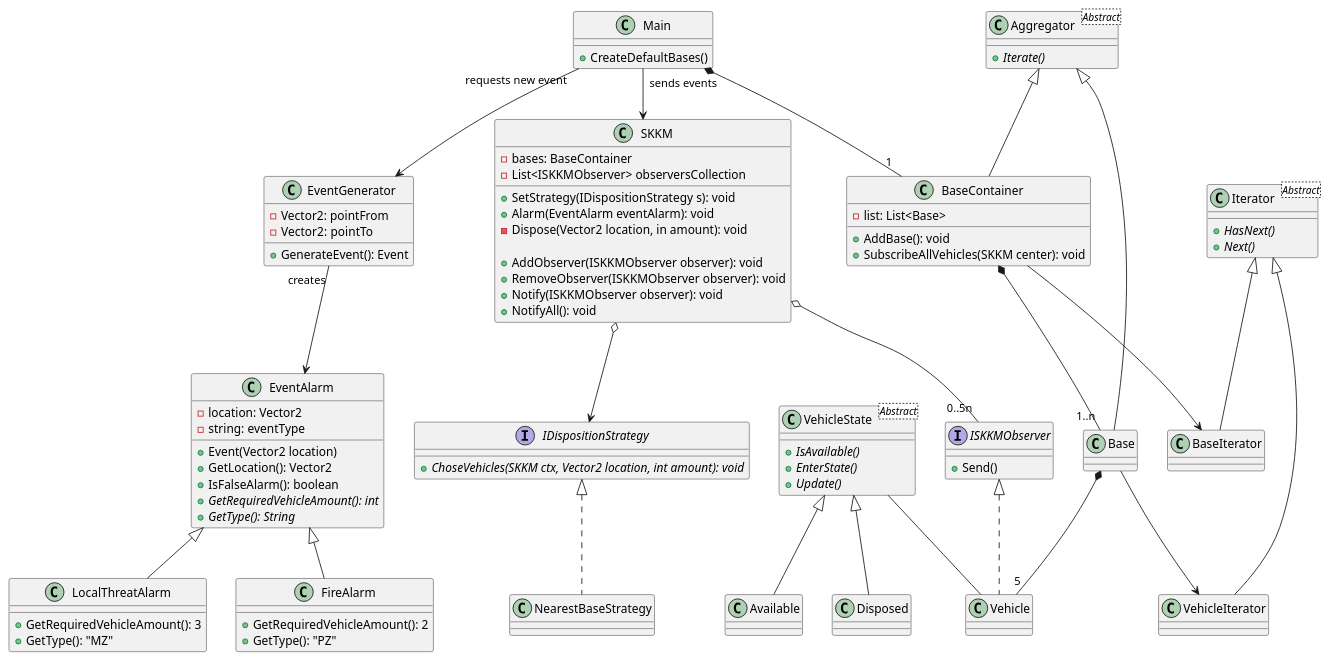
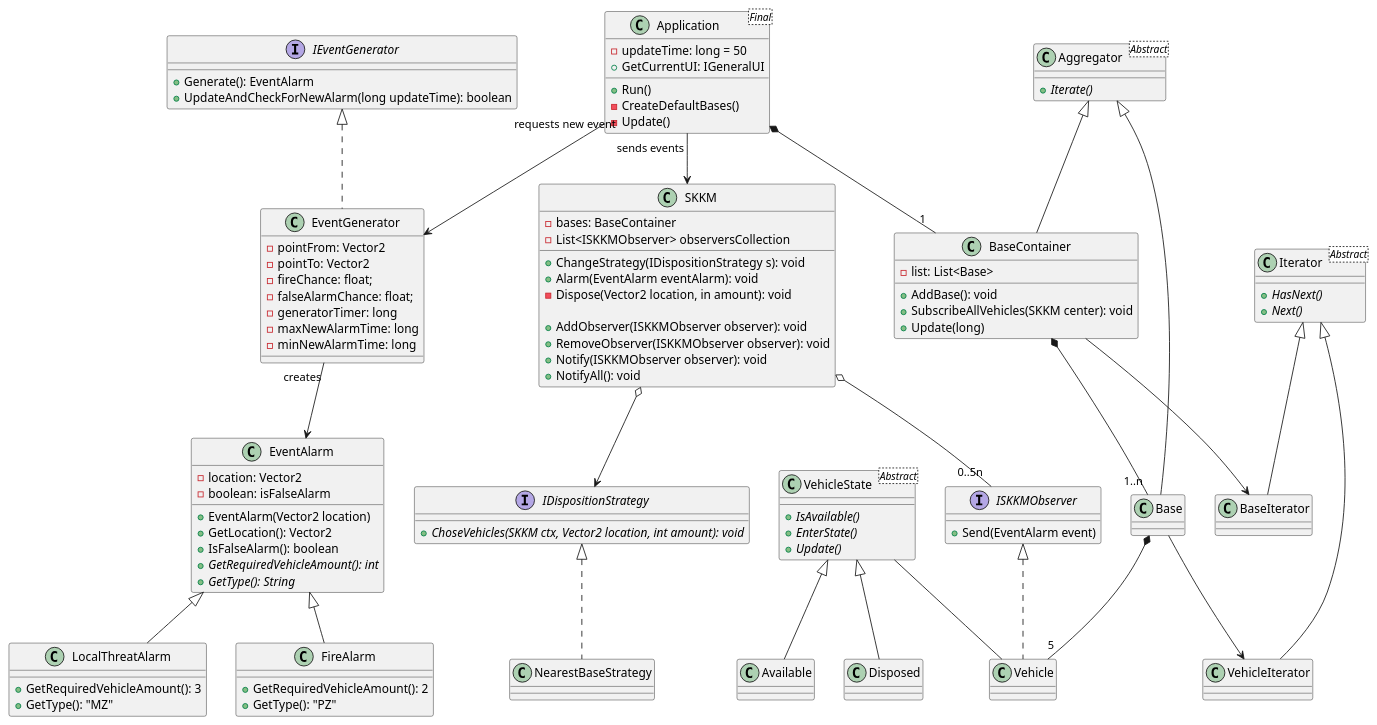
Before and after one commit to CKTA00/TO_lab_5: the diagram in src/uml.puml, drawn with PlantUML. The commit also changed 1 other file, not shown here.

Commit message:
Updated part of uml

```diff
--- a/src/uml.puml
+++ b/src/uml.puml
@@ -1,130 +1,143 @@
 @startuml
 
 'TODO: Update uml (new VehicleStates, ui, many functions)
 
-class Main{
-    +CreateDefaultBases()
+class Application <Final>{
+    -updateTime: long = 50
+    +Run()
+    +GetCurrentUI: IGeneralUI
+    -CreateDefaultBases()
+    -Update()
 }
 
-class EventGenerator{
-    -Vector2: pointFrom
-    -Vector2: pointTo
-    +GenerateEvent(): Event
+interface IEventGenerator{
+    +Generate(): EventAlarm
+    +UpdateAndCheckForNewAlarm(long updateTime): boolean
+}
+
+class EventGenerator implements IEventGenerator{
+    -pointFrom: Vector2
+    -pointTo: Vector2
+    -fireChance: float;
+    -falseAlarmChance: float;
+    -generatorTimer: long
+    -maxNewAlarmTime: long
+    -minNewAlarmTime: long
 }
 
 class EventAlarm{
     -location: Vector2
-    -string: eventType
-    +Event(Vector2 location)
+    -boolean: isFalseAlarm
+    +EventAlarm(Vector2 location)
     +GetLocation(): Vector2
     +IsFalseAlarm(): boolean
     +<i>GetRequiredVehicleAmount(): int
     +<i>GetType(): String
 }
 
 
 class FireAlarm extends EventAlarm{
     +GetRequiredVehicleAmount(): 2
     +GetType(): "PZ"
 }
 
 class LocalThreatAlarm extends EventAlarm{
     +GetRequiredVehicleAmount(): 3
     +GetType(): "MZ"
 }
 
 interface ISKKMObserver
 {
-    +Send()
+    +Send(EventAlarm event)
 }
 
 
 class SKKM{
     -bases: BaseContainer
     -List<ISKKMObserver> observersCollection
-    +SetStrategy(IDispositionStrategy s): void
+    +ChangeStrategy(IDispositionStrategy s): void
     +Alarm(EventAlarm eventAlarm): void
     -Dispose(Vector2 location, in amount): void
 
     +AddObserver(ISKKMObserver observer): void
     +RemoveObserver(ISKKMObserver observer): void
     +Notify(ISKKMObserver observer): void
     +NotifyAll(): void
 }
-'Note right: bla bla
 
 class Iterator<Abstract>{
     +<i>HasNext()
     +<i>Next()
 }
 class Aggregator<Abstract>{
     +<i>Iterate()
 }
 
 class BaseContainer extends Aggregator
 {
     -list: List<Base>
     +AddBase(): void
     +SubscribeAllVehicles(SKKM center): void
+    +Update(long)
 }
 
 class BaseIterator extends Iterator
 {
 
 }
 
 class Base extends Aggregator
 {
 
 }
 
 class VehicleIterator extends Iterator
 {
 
 }
 
 class Vehicle implements ISKKMObserver{
 
 }
 
 
 
 interface IDispositionStrategy{
     +<i>ChoseVehicles(SKKM ctx, Vector2 location, int amount): void
 }
 
 class NearestBaseStrategy implements IDispositionStrategy {
 }
 
 class VehicleState<Abstract>{
     +<i>IsAvailable()</i>
     +<i>EnterState()</i>
     +<i>Update()</i>
 }
 
 class Available extends VehicleState{
 }
 
 class Disposed extends VehicleState{
 }
 
 
 'Fire ..> "can transition" FalseAlarm
 'OtherEvent ..> "can transition" FalseAlarm
 EventGenerator "creates" --> EventAlarm
-Main "sends events"--> SKKM
-Main "requests new event"--> EventGenerator
+Application "sends events"--> SKKM
+Application "requests new event"--> EventGenerator
 SKKM o-- "0..5n" ISKKMObserver
 SKKM o--> IDispositionStrategy
-Main *--"1" BaseContainer
+Application *--"1" BaseContainer
 BaseContainer *--"1..n" Base
 Base *-- "5" Vehicle
 VehicleState -- Vehicle
 'Main ... NearestBaseStrategy
 
 Base --> VehicleIterator
 BaseContainer --> BaseIterator
 
 
 'note left of EventManager: Update is called every frame\nand is defined by Unity Engine\nin MonoBehaviour
 @enduml
```
